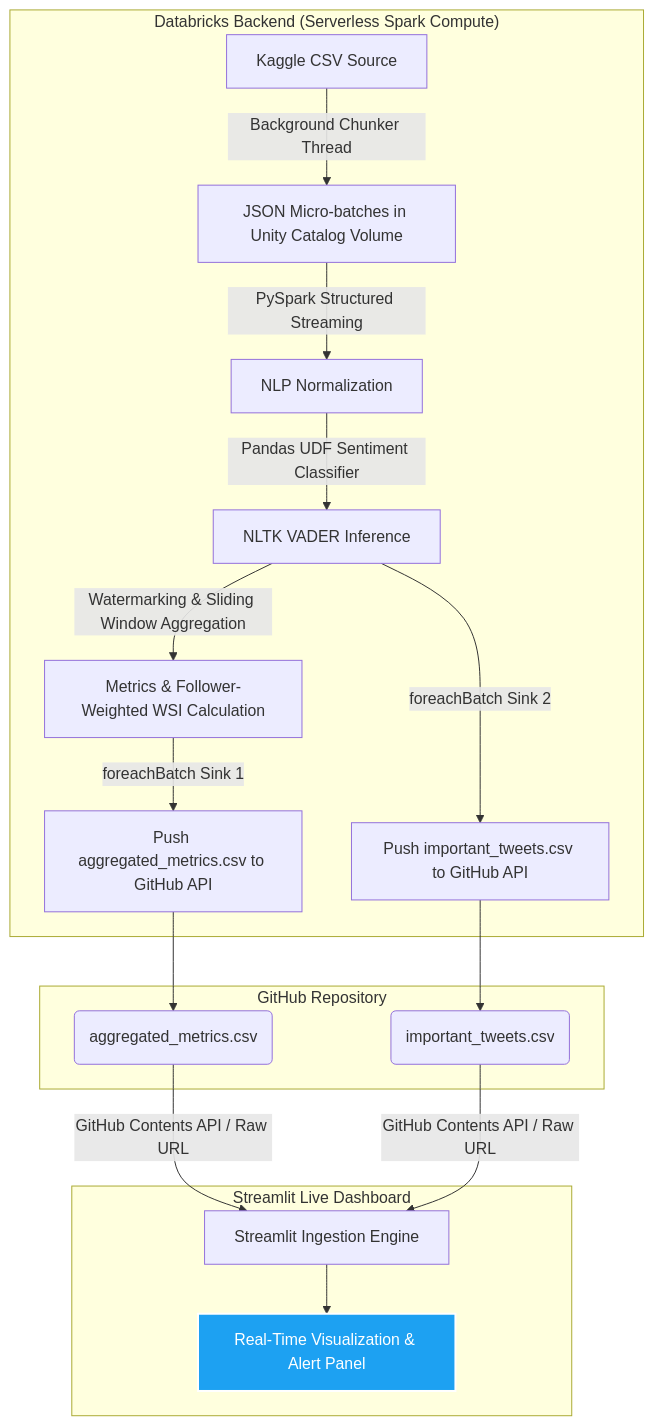
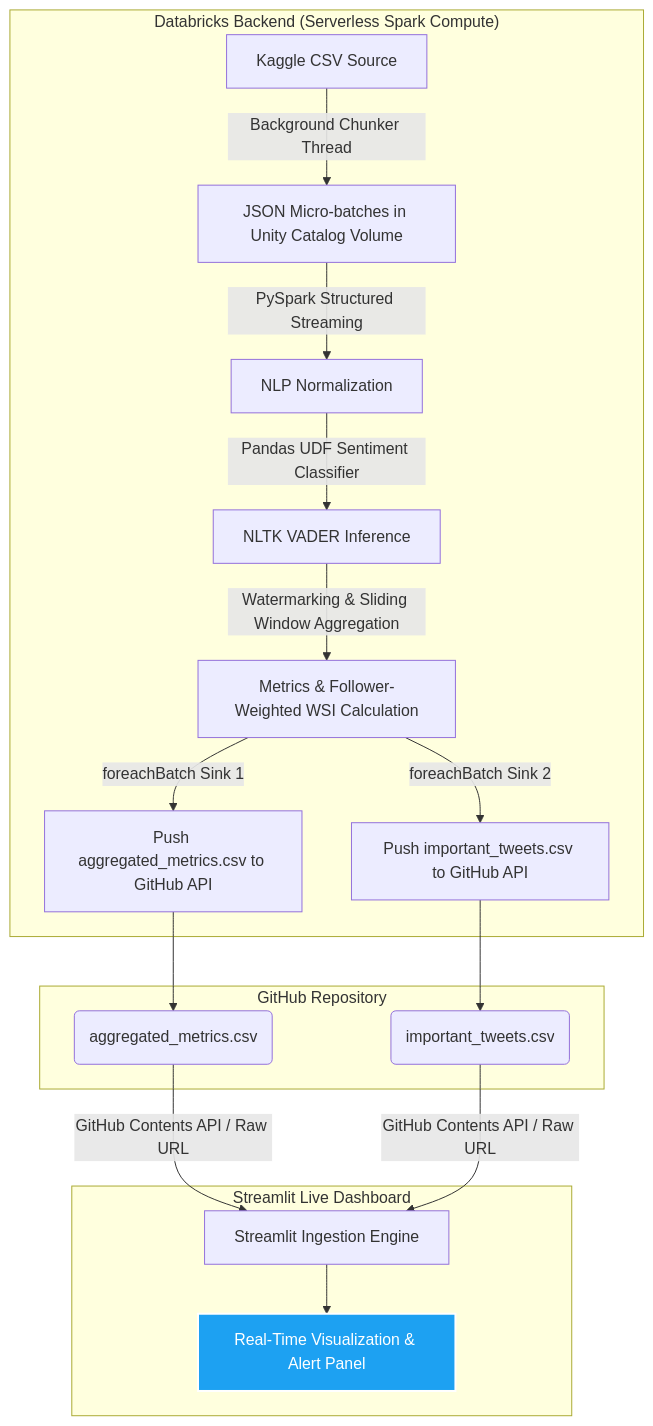
Before and after one commit to Lerneir/Real-Time-Twitter-Financial-Sentiment-Seismograph: the diagram in README.md, drawn with Mermaid. The commit also changed other lines of this file, not shown here.

Commit message:
docs: update architecture diagram sink source and clarify Databricks cloning instructions in README

````diff
--- a/README.md
+++ b/README.md
@@ -15,24 +15,24 @@
 ``` mermaid
 graph TD
     subgraph "Databricks Backend (Serverless Spark Compute)"
         A[Kaggle CSV Source] -->|Background Chunker Thread| B[JSON Micro-batches in Unity Catalog Volume]
         B -->|PySpark Structured Streaming| C[NLP Normalization]
         C -->|Pandas UDF Sentiment Classifier| D[NLTK VADER Inference]
         D -->|Watermarking & Sliding Window Aggregation| E[Metrics & Follower-Weighted WSI Calculation]
         E -->|foreachBatch Sink 1| F[Push aggregated_metrics.csv to GitHub API]
-        D -->|foreachBatch Sink 2| G[Push important_tweets.csv to GitHub API]
+        E -->|foreachBatch Sink 2| G[Push important_tweets.csv to GitHub API]
     end
 
     subgraph "GitHub Repository"
         F --> H(aggregated_metrics.csv)
         G --> I(important_tweets.csv)
     end
 
     subgraph "Streamlit Live Dashboard"
         H -->|GitHub Contents API / Raw URL| J[Streamlit Ingestion Engine]
         I -->|GitHub Contents API / Raw URL| J
         J --> K[Real-Time Visualization & Alert Panel]
     end
 
     style K fill:#1DA1F2,stroke:#fff,stroke-width:2px,color:#fff
 ```
````
